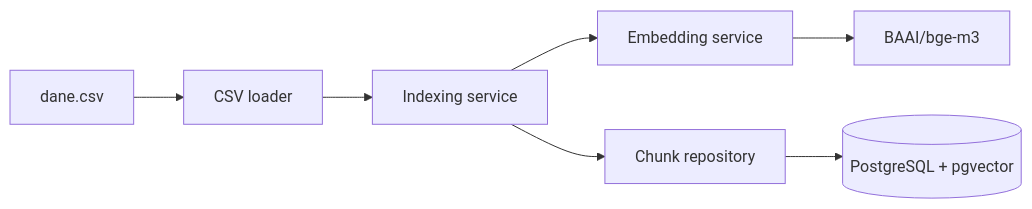
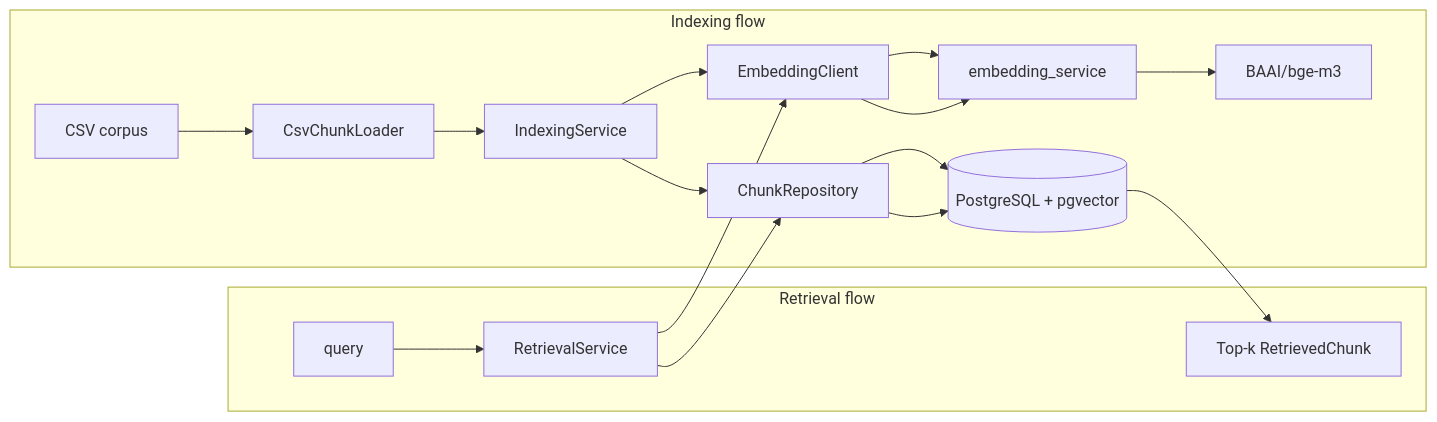
Before and after one commit to chrabek1/rag-evaluation-pipeline: the diagram in README.md, drawn with Mermaid. The commit also changed other lines of this file and 11 other files, not shown here.

````diff
--- a/README.md
+++ b/README.md
@@ -18,9 +18,21 @@
 ```mermaid
 flowchart LR
-    CSV[dane.csv] --> Loader[CSV loader]
-    Loader --> Indexing[Indexing service]
-    Indexing --> Embeddings[Embedding service]
-    Embeddings --> Model[BAAI/bge-m3]
-    Indexing --> Repository[Chunk repository]
-    Repository --> DB[(PostgreSQL + pgvector)]
+  subgraph INDEXING_FLOW [Indexing flow]
+    A[CSV corpus] --> B[CsvChunkLoader]
+    B --> C[IndexingService]
+    C --> D[EmbeddingClient]
+    D --> E[embedding_service]
+    E --> F[BAAI/bge-m3]
+    C --> G[ChunkRepository]
+    G --> H[(PostgreSQL + pgvector)]
+  end
+
+  subgraph RETRIEVAL_FLOW [Retrieval flow]
+    Q[query] --> R[RetrievalService]
+    R --> D
+    D --> E
+    R --> G
+    G --> H
+    H --> T[Top-k RetrievedChunk]
+  end
 ```
````
